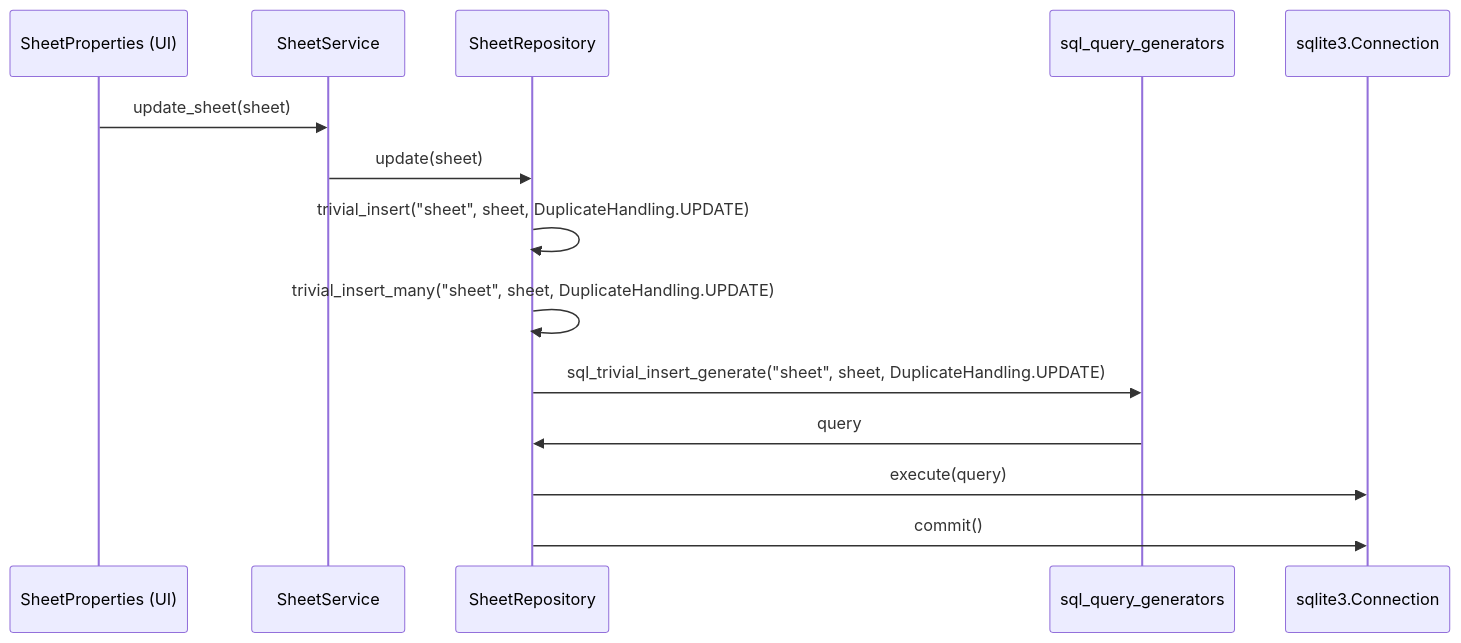
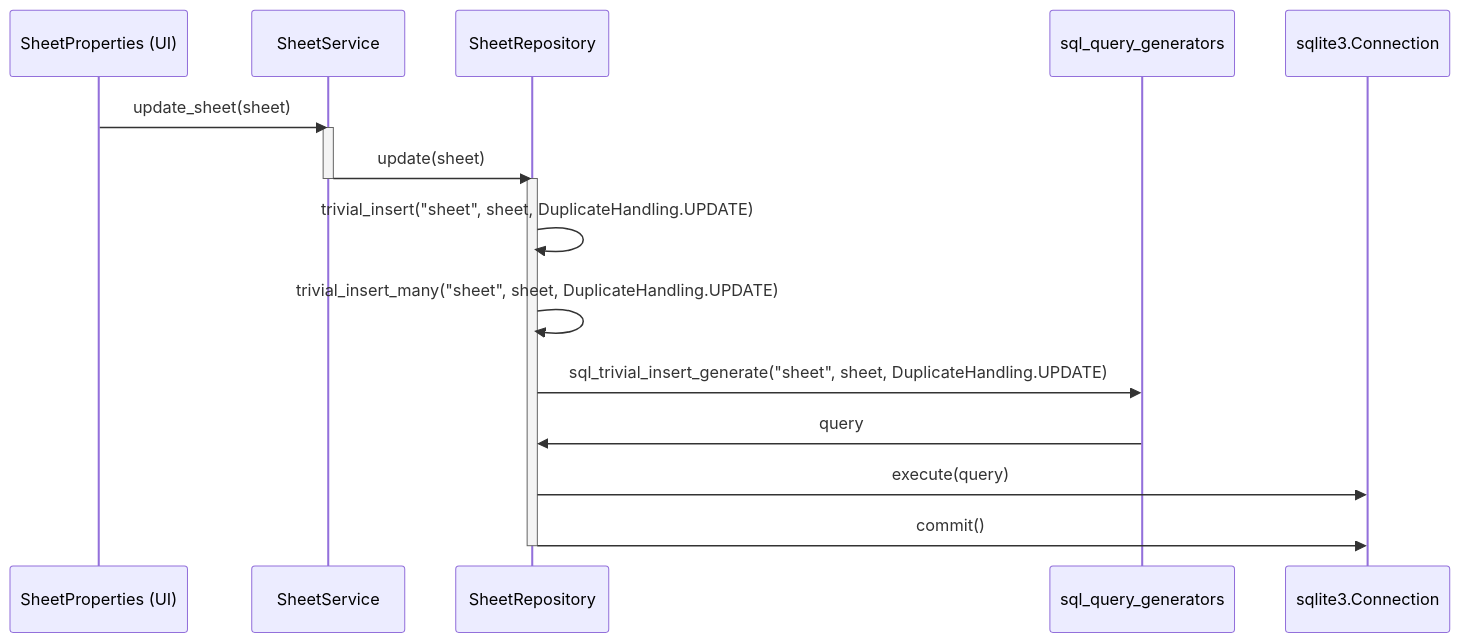
The second of 2 diagrams in dokumentaatio/arkkitehtuuri.md (TatuLaras/ot-harjoitustyo), drawn with Mermaid before and after one commit. The commit also changed 1 other file, not shown here.

Commit message:
Updated sequence diagram in dokumentaatio/arkkitehtuuri.md

````diff
--- a/dokumentaatio/arkkitehtuuri.md
+++ b/dokumentaatio/arkkitehtuuri.md
@@ -30,12 +30,16 @@
 ```mermaid
 sequenceDiagram
     SheetProperties (UI) ->>SheetService: update_sheet(sheet)
+    activate SheetService
     SheetService ->>SheetRepository: update(sheet)
+    deactivate SheetService
+    activate SheetRepository
     SheetRepository ->>SheetRepository: trivial_insert("sheet", sheet, DuplicateHandling.UPDATE)
     SheetRepository ->>SheetRepository: trivial_insert_many("sheet", sheet, DuplicateHandling.UPDATE)
     SheetRepository ->>sql_query_generators: sql_trivial_insert_generate("sheet", sheet, DuplicateHandling.UPDATE)
     sql_query_generators ->>SheetRepository: query
     SheetRepository ->>sqlite3.Connection: execute(query)
     SheetRepository ->>sqlite3.Connection: commit()
+    deactivate SheetRepository
 
 ```
````
